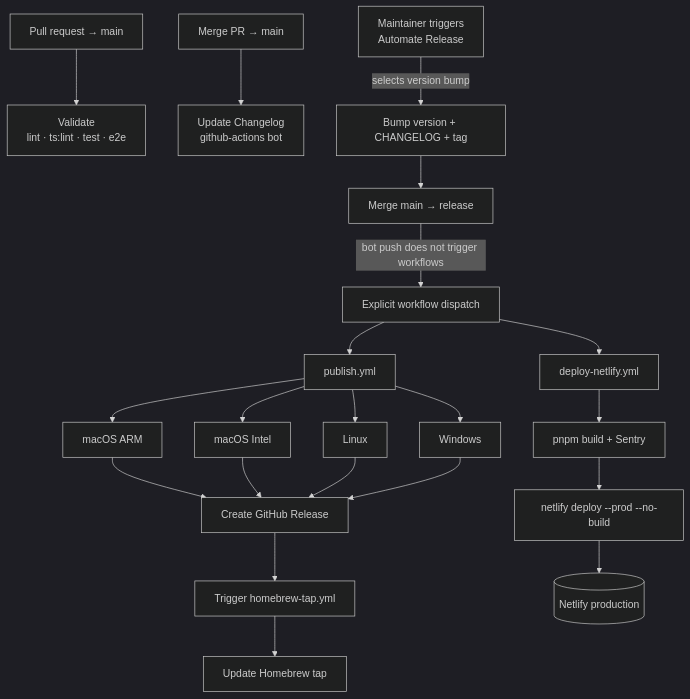
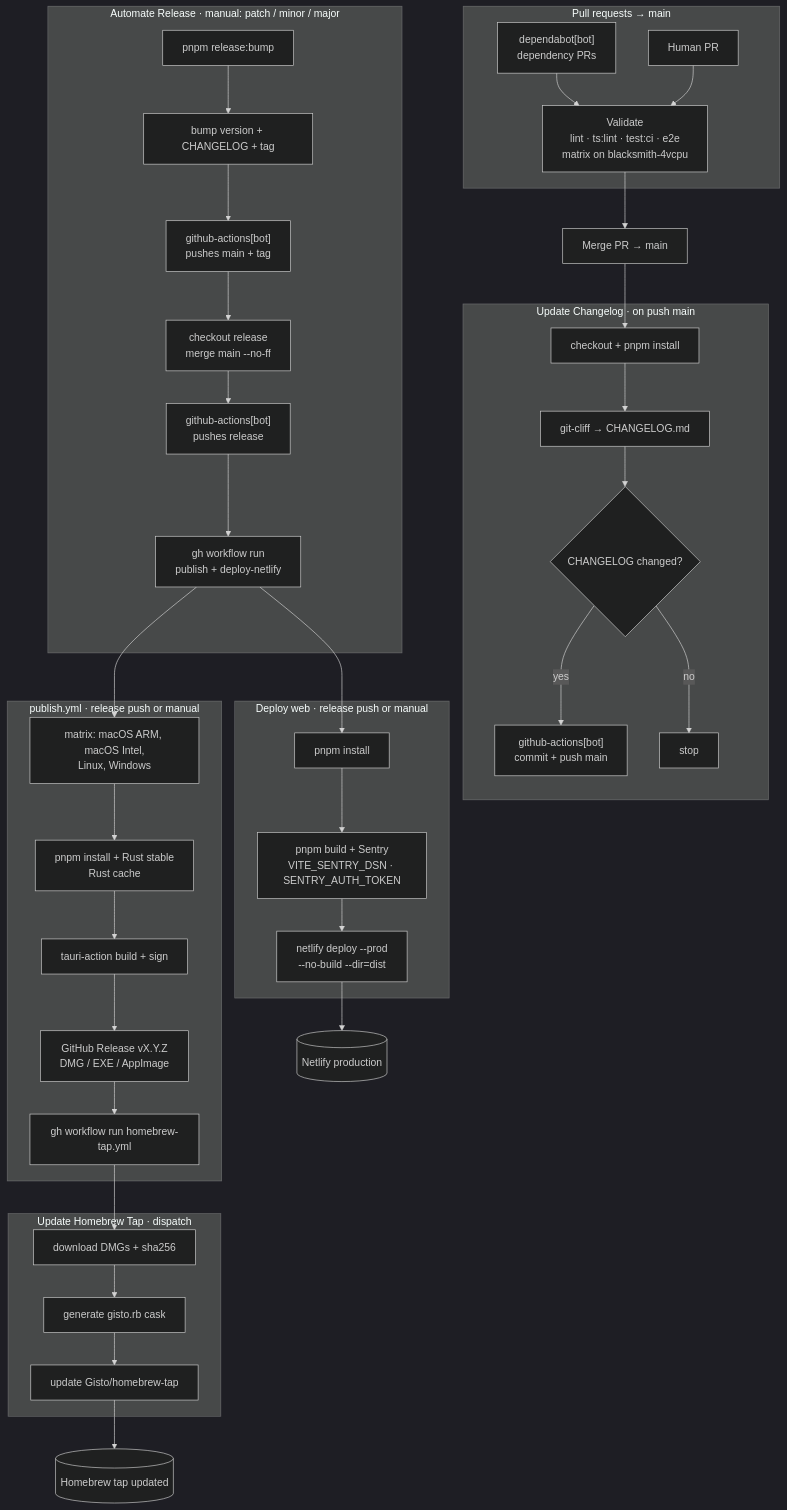
The diagram in README.md (Gisto/Gisto), drawn with Mermaid (dark theme) before and after one commit.

Commit message:
docs: improve deploy chart of all flows in readme

````diff
--- a/README.md
+++ b/README.md
@@ -238,29 +238,46 @@
 ```mermaid
 flowchart TD
-    PR[Pull request → main] --> V[Validate<br>lint · ts:lint · test · e2e]
-    MERGE[Merge PR → main] --> CL[Update Changelog<br>github-actions bot]
+    subgraph PRS["Pull requests → main"]
+        DEP["dependabot[bot]<br/>dependency PRs"] --> VAL["Validate<br/>lint · ts:lint · test:ci · e2e<br/>matrix on blacksmith-4vcpu"]
+        DEV["Human PR"] --> VAL
+    end
+    VAL --> MERGEPR["Merge PR → main"]
 
-    A[Maintainer triggers<br>Automate Release] -->|selects version bump| B[Bump version + CHANGELOG + tag]
-    B --> H[Merge main → release]
-    H -->|bot push does not trigger workflows| T[Explicit workflow dispatch]
+    subgraph CL["Update Changelog · on push main"]
+        C1["checkout + pnpm install"] --> C2["git-cliff → CHANGELOG.md"]
+        C2 --> C3{"CHANGELOG changed?"}
+        C3 -->|yes| C4["github-actions[bot]<br/>commit + push main"]
+        C3 -->|no| C5["stop"]
+    end
+    MERGEPR --> C1
 
-    T --> PUB[publish.yml]
-    T --> WEB[deploy-netlify.yml]
+    subgraph REL["Automate Release · manual: patch / minor / major"]
+        R1["pnpm release:bump"] --> R2["bump version + CHANGELOG + tag"]
+        R2 --> R3["github-actions[bot]<br/>pushes main + tag"]
+        R3 --> R4["checkout release<br/>merge main --no-ff"]
+        R4 --> R5["github-actions[bot]<br/>pushes release"]
+        R5 --> R6["gh workflow run<br/>publish + deploy-netlify"]
+    end
+    R6 --> P1
+    R6 --> W1
 
-    PUB --> J[macOS ARM]
-    PUB --> K[macOS Intel]
-    PUB --> L[Linux]
-    PUB --> M[Windows]
+    subgraph PUB["publish.yml · release push or manual"]
+        P1["matrix: macOS ARM, macOS Intel,<br/>Linux, Windows"] --> P2["pnpm install + Rust stable<br/>Rust cache"]
+        P2 --> P3["tauri-action build + sign"]
+        P3 --> P4["GitHub Release vX.Y.Z<br/>DMG / EXE / AppImage"]
+        P4 --> P5["gh workflow run homebrew-tap.yml"]
+    end
+    P5 --> H1
 
-    J --> N[Create GitHub Release]
-    K --> N
-    L --> N
-    M --> N
+    subgraph HB["Update Homebrew Tap · dispatch"]
+        H1["download DMGs + sha256"] --> H2["generate gisto.rb cask"]
+        H2 --> H3["update Gisto/homebrew-tap"]
+    end
+    H3 --> TAP[("Homebrew tap updated")]
 
-    N --> O[Trigger homebrew-tap.yml]
-    O --> P[Update Homebrew tap]
-
-    WEB --> W[pnpm build + Sentry]
-    W --> X[netlify deploy --prod --no-build]
-    X --> Y[(Netlify production)]
+    subgraph WEB["Deploy web · release push or manual"]
+        W1["pnpm install"] --> W2["pnpm build + Sentry<br/>VITE_SENTRY_DSN · SENTRY_AUTH_TOKEN"]
+        W2 --> W3["netlify deploy --prod<br/>--no-build --dir=dist"]
+    end
+    W3 --> NET[("Netlify production")]
 ```
````
